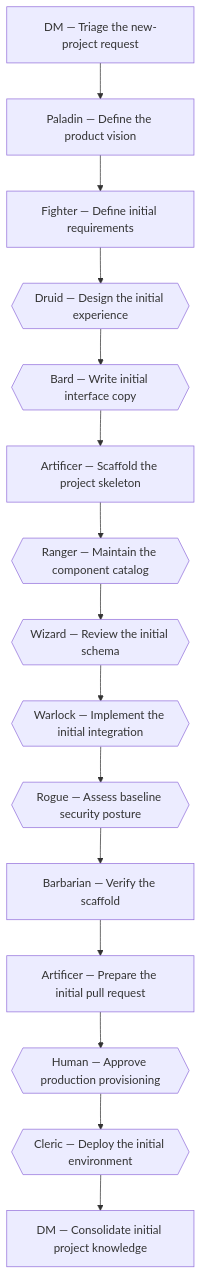
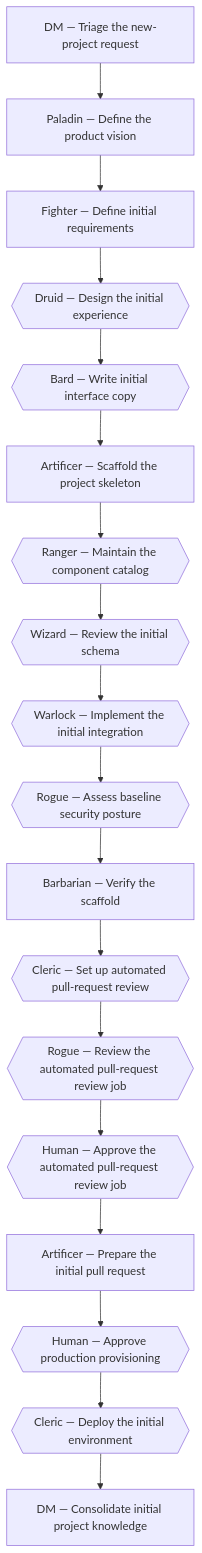
Before and after one commit to xavitoro/guild: the diagram in .guild/core/workflows/create-new-project/workflow.md, drawn with Mermaid. The commit also changed other lines of this file and 36 other files, not shown here.

````diff
--- a/.guild/core/workflows/create-new-project/workflow.md
+++ b/.guild/core/workflows/create-new-project/workflow.md
@@ -27,32 +35,38 @@
 ```mermaid
 flowchart TD
     new-project-01-triage["DM — Triage the new-project request"]
     new-project-02-define-vision["Paladin — Define the product vision"]
     new-project-03-define-requirements["Fighter — Define initial requirements"]
     new-project-04-design-experience{{"Druid — Design the initial experience"}}
     new-project-05-write-copy{{"Bard — Write initial interface copy"}}
     new-project-06-scaffold-project["Artificer — Scaffold the project skeleton"]
     new-project-07-maintain-component-catalog{{"Ranger — Maintain the component catalog"}}
     new-project-08-review-schema{{"Wizard — Review the initial schema"}}
     new-project-09-implement-integration{{"Warlock — Implement the initial integration"}}
     new-project-10-baseline-threat-model{{"Rogue — Assess baseline security posture"}}
     new-project-11-regression-review["Barbarian — Verify the scaffold"]
-    new-project-12-prepare-pull-request["Artificer — Prepare the initial pull request"]
-    new-project-13-human-approval-provision{{"Human — Approve production provisioning"}}
-    new-project-14-initial-deployment{{"Cleric — Deploy the initial environment"}}
-    new-project-15-consolidate-knowledge["DM — Consolidate initial project knowledge"]
+    new-project-12-set-up-pr-review-automation{{"Cleric — Set up automated pull-request review"}}
+    new-project-13-review-pr-review-automation{{"Rogue — Review the automated pull-request review job"}}
+    new-project-14-human-approval-pr-review-automation{{"Human — Approve the automated pull-request review job"}}
+    new-project-15-prepare-pull-request["Artificer — Prepare the initial pull request"]
+    new-project-16-human-approval-provision{{"Human — Approve production provisioning"}}
+    new-project-17-initial-deployment{{"Cleric — Deploy the initial environment"}}
+    new-project-18-consolidate-knowledge["DM — Consolidate initial project knowledge"]
     new-project-01-triage --> new-project-02-define-vision
     new-project-02-define-vision --> new-project-03-define-requirements
     new-project-03-define-requirements --> new-project-04-design-experience
     new-project-04-design-experience --> new-project-05-write-copy
     new-project-05-write-copy --> new-project-06-scaffold-project
     new-project-06-scaffold-project --> new-project-07-maintain-component-catalog
     new-project-07-maintain-component-catalog --> new-project-08-review-schema
     new-project-08-review-schema --> new-project-09-implement-integration
     new-project-09-implement-integration --> new-project-10-baseline-threat-model
     new-project-10-baseline-threat-model --> new-project-11-regression-review
-    new-project-11-regression-review --> new-project-12-prepare-pull-request
-    new-project-12-prepare-pull-request --> new-project-13-human-approval-provision
-    new-project-13-human-approval-provision --> new-project-14-initial-deployment
-    new-project-14-initial-deployment --> new-project-15-consolidate-knowledge
+    new-project-11-regression-review --> new-project-12-set-up-pr-review-automation
+    new-project-12-set-up-pr-review-automation --> new-project-13-review-pr-review-automation
+    new-project-13-review-pr-review-automation --> new-project-14-human-approval-pr-review-automation
+    new-project-14-human-approval-pr-review-automation --> new-project-15-prepare-pull-request
+    new-project-15-prepare-pull-request --> new-project-16-human-approval-provision
+    new-project-16-human-approval-provision --> new-project-17-initial-deployment
+    new-project-17-initial-deployment --> new-project-18-consolidate-knowledge
 ```
````
